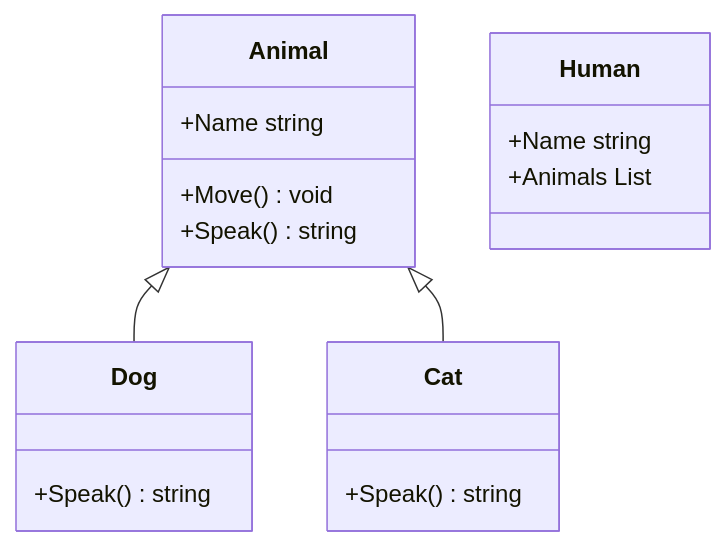
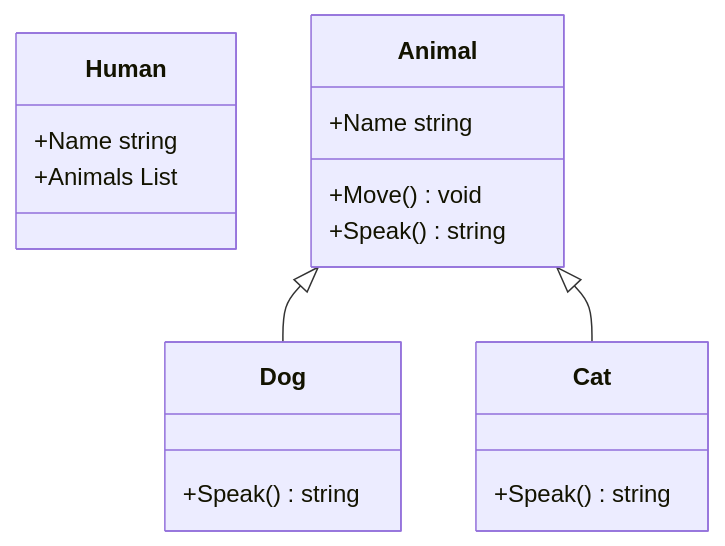
One commit to nurzhanme/SharpmaidGithubActionSample changed the diagram in UML.md. Above: the diagram before and after it, drawn with Mermaid. The commit also changed other lines of this file, not shown here.

Commit message:
UML generated

````diff
--- a/UML.md
+++ b/UML.md
@@ -1,20 +1,20 @@
 ```mermaid
 classDiagram
+class Human{
++Name string
++Animals List<Animal>
+}
 Animal  <|-- Dog
 class Dog{
++Speak() string
+}
+Animal  <|-- Cat
+class Cat{
 +Speak() string
 }
 class Animal{
 +Name string
 +Move() void
 +Speak() string
 }
-class Human{
-+Name string
-+Animals List<Animal>
-}
-Animal  <|-- Cat
-class Cat{
-+Speak() string
-}
 ```
````
